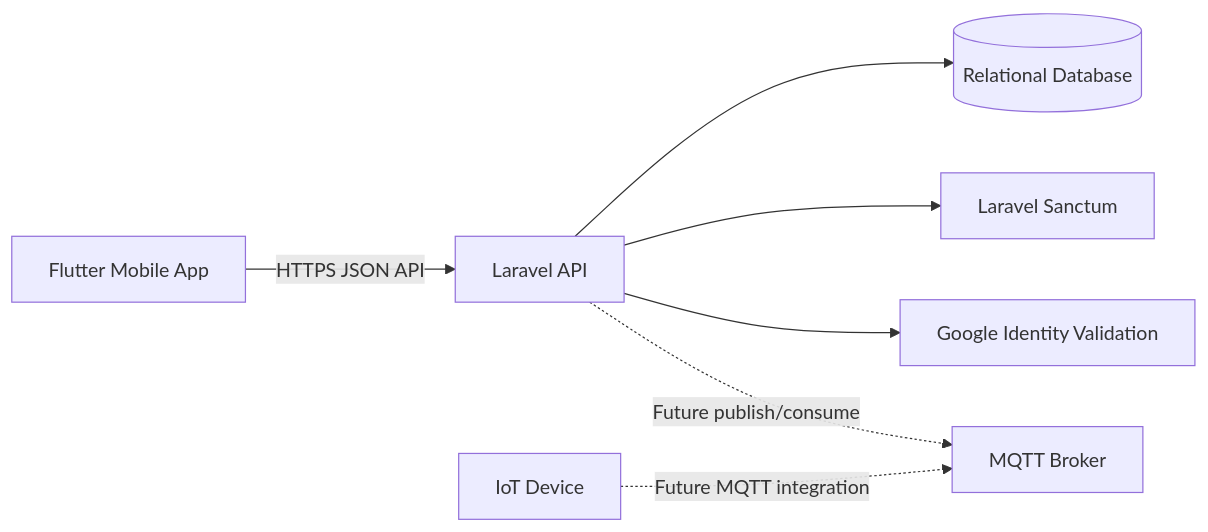
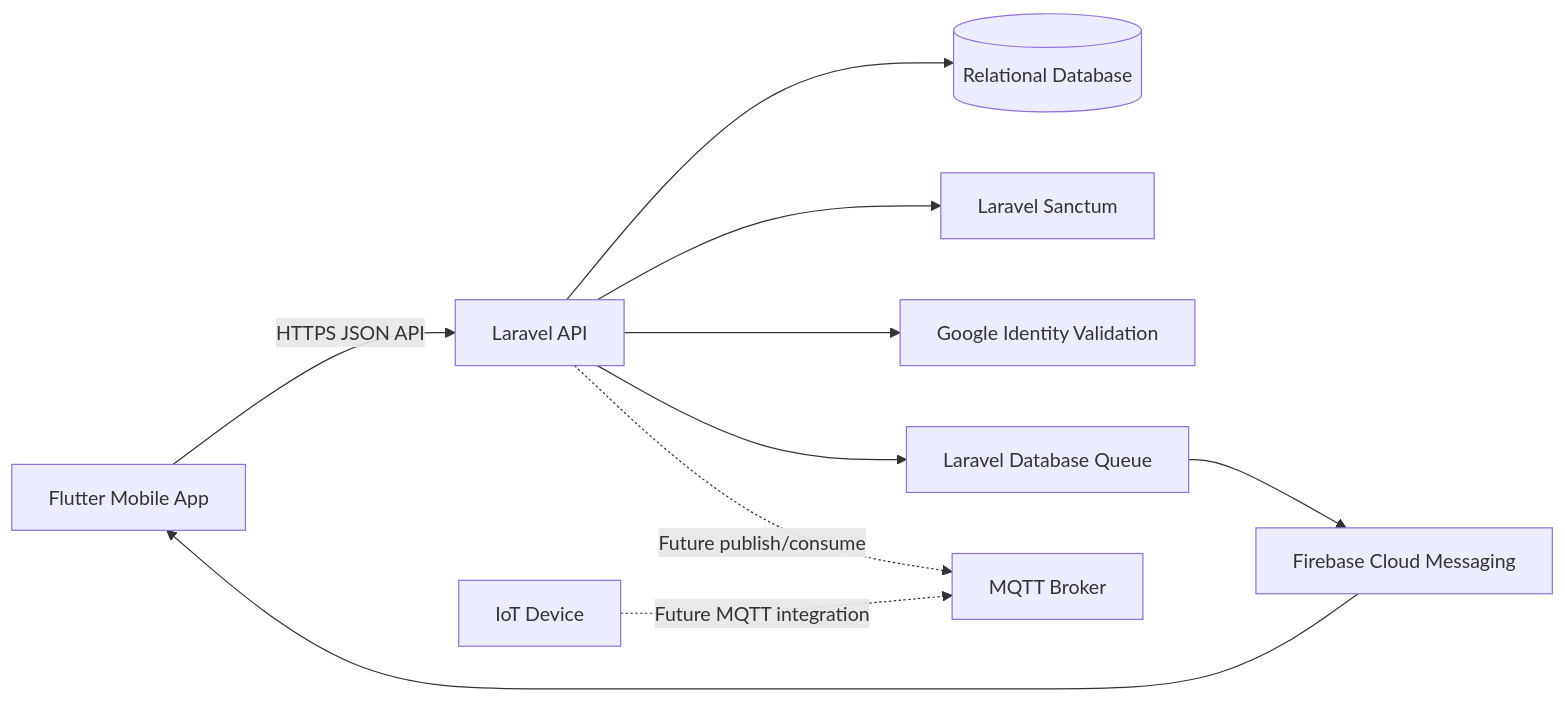
Before and after one commit to SEEDOFT/lntb: the first of 3 diagrams in docs/architecture/SYSTEM_ARCHITECTURE.md, drawn with Mermaid. The commit also changed other lines of this file and 7 other files, not shown here.

Commit message:
docs: update mobile architecture and phase scope

````diff
--- a/docs/architecture/SYSTEM_ARCHITECTURE.md
+++ b/docs/architecture/SYSTEM_ARCHITECTURE.md
@@ -5,10 +5,13 @@
 ```mermaid
 flowchart LR
     A[Flutter Mobile App] -->|HTTPS JSON API| B[Laravel API]
     B --> C[(Relational Database)]
     B --> D[Laravel Sanctum]
     B --> E[Google Identity Validation]
+    B --> H[Laravel Database Queue]
+    H --> I[Firebase Cloud Messaging]
+    I --> A
 
     F[IoT Device] -. Future MQTT integration .-> G[MQTT Broker]
     B -. Future publish/consume .-> G
 ```
````
